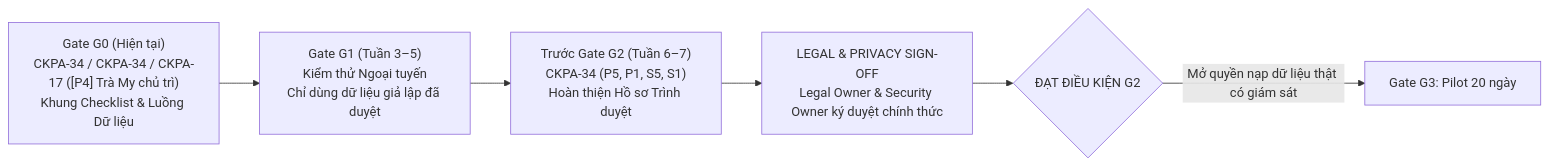
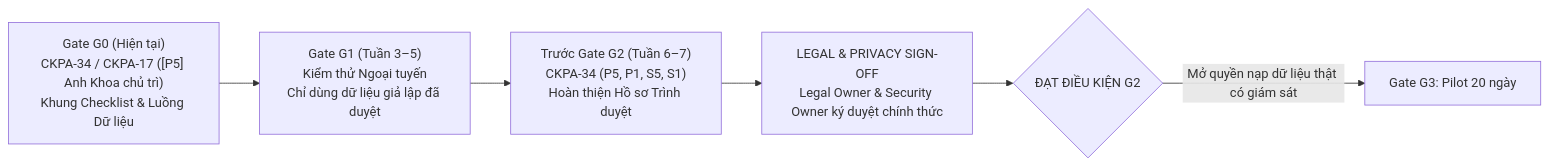
The fourth of 4 diagrams in security/g0/legal-privacy-review.md (TranChiKha0395/CRM-Knowledge-and-Policy-Assistant-Purchaser), drawn with Mermaid before and after one commit. The commit also changed other lines of this file and 55 other files, not shown here.

````diff
--- a/security/g0/legal-privacy-review.md
+++ b/security/g0/legal-privacy-review.md
@@ -289,8 +289,8 @@
 ```mermaid
 flowchart LR
-    G0["Gate G0 (Hiện tại)<br>CKPA-34 / CKPA-34 / CKPA-17 ([P4] Trà My chủ trì)<br>Khung Checklist & Luồng Dữ liệu"] --> G1["Gate G1 (Tuần 3–5)<br>Kiểm thử Ngoại tuyến<br>Chỉ dùng dữ liệu giả lập đã duyệt"]
+    G0["Gate G0 (Hiện tại)<br>CKPA-34 / CKPA-17 ([P5] Anh Khoa chủ trì)<br>Khung Checklist & Luồng Dữ liệu"] --> G1["Gate G1 (Tuần 3–5)<br>Kiểm thử Ngoại tuyến<br>Chỉ dùng dữ liệu giả lập đã duyệt"]
     G1 --> G2_PRE["Trước Gate G2 (Tuần 6–7)<br>CKPA-34 (P5, P1, S5, S1)<br>Hoàn thiện Hồ sơ Trình duyệt"]
     G2_PRE --> SIGN["LEGAL & PRIVACY SIGN-OFF<br>Legal Owner & Security Owner ký duyệt chính thức"]
     SIGN --> G2_PASS{"ĐẠT ĐIỀU KIỆN G2"}
     G2_PASS -->|"Mở quyền nạp dữ liệu thật có giám sát"| G3["Gate G3: Pilot 20 ngày"]
 ```
````
